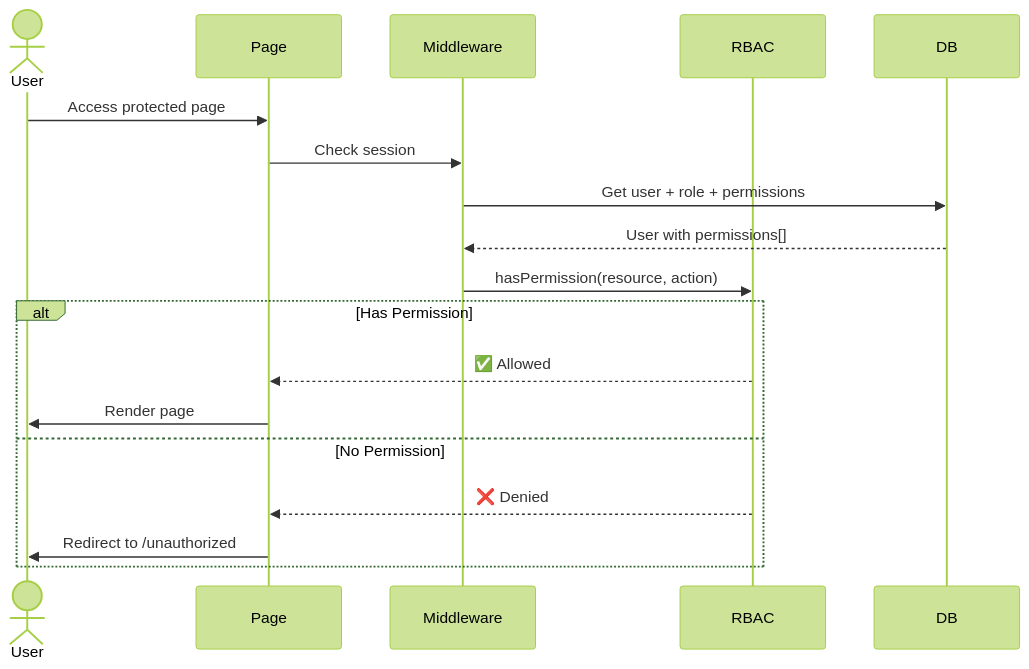
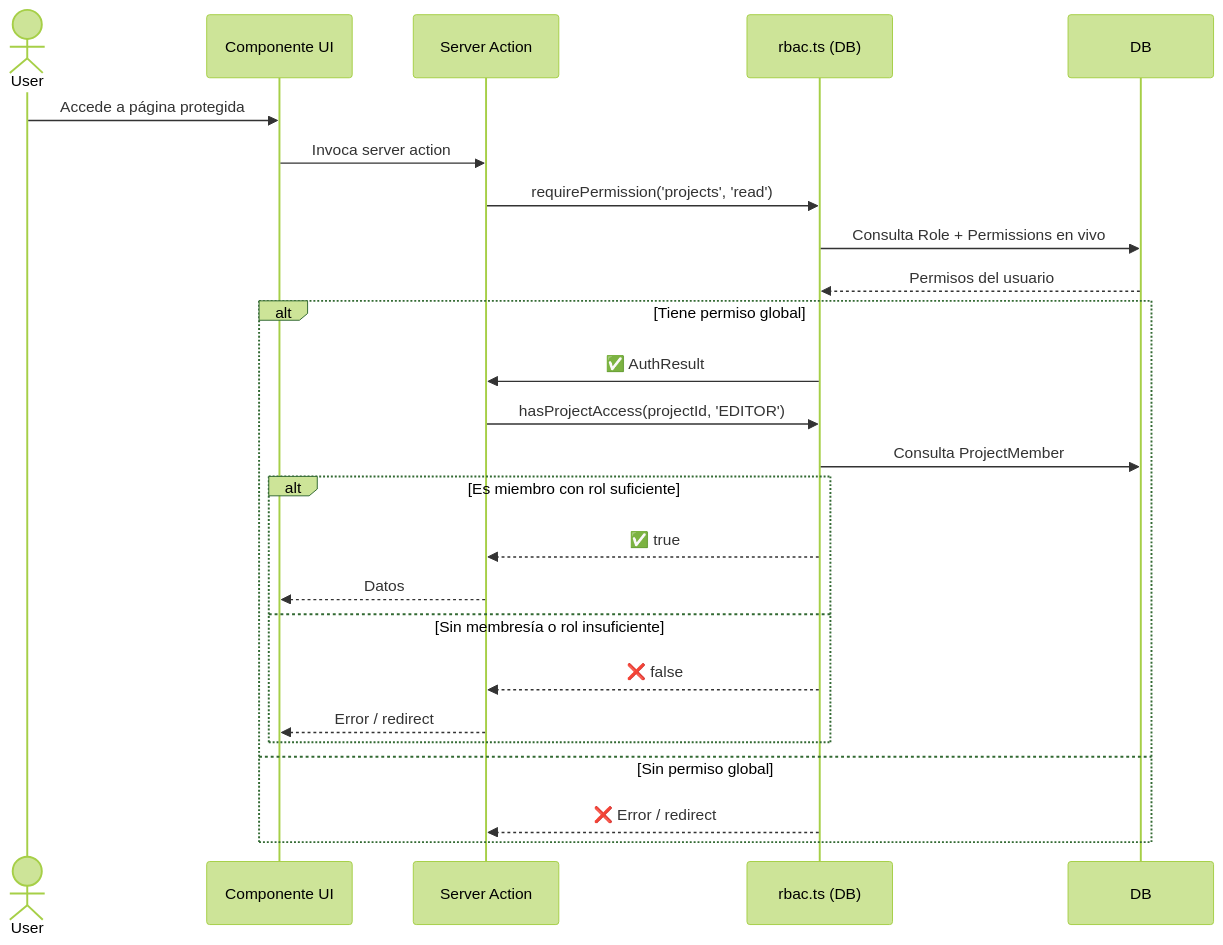
One commit to yunitok/dreamland-app changed the second of 2 diagrams in docs/modules/admin/rbac.md. Above: the diagram before and after it, drawn with Mermaid (forest theme). The commit also changed other lines of this file and 1 other file, not shown here.

First line of the commit message:
docs: update RBAC and data model docs to reflect hybrid role refactor

````diff
--- a/docs/modules/admin/rbac.md
+++ b/docs/modules/admin/rbac.md
@@ -58,22 +90,29 @@
 ```mermaid
 sequenceDiagram
     actor User
-    participant Page
-    participant Middleware
-    participant RBAC
+    participant UI as Componente UI
+    participant Action as Server Action
+    participant RBAC as rbac.ts (DB)
     participant DB
-    
-    User->>Page: Access protected page
-    Page->>Middleware: Check session
-    Middleware->>DB: Get user + role + permissions
-    DB-->>Middleware: User with permissions[]
-    Middleware->>RBAC: hasPermission(resource, action)
-    
-    alt Has Permission
-        RBAC-->>Page: ✅ Allowed
-        Page->>User: Render page
-    else No Permission
-        RBAC-->>Page: ❌ Denied
-        Page->>User: Redirect to /unauthorized
+
+    User->>UI: Accede a página protegida
+    UI->>Action: Invoca server action
+    Action->>RBAC: requirePermission('projects', 'read')
+    RBAC->>DB: Consulta Role + Permissions en vivo
+    DB-->>RBAC: Permisos del usuario
+
+    alt Tiene permiso global
+        RBAC->>Action: ✅ AuthResult
+        Action->>RBAC: hasProjectAccess(projectId, 'EDITOR')
+        RBAC->>DB: Consulta ProjectMember
+        alt Es miembro con rol suficiente
+            RBAC-->>Action: ✅ true
+            Action-->>UI: Datos
+        else Sin membresía o rol insuficiente
+            RBAC-->>Action: ❌ false
+            Action-->>UI: Error / redirect
+        end
+    else Sin permiso global
+        RBAC-->>Action: ❌ Error / redirect
     end
 ```
````
